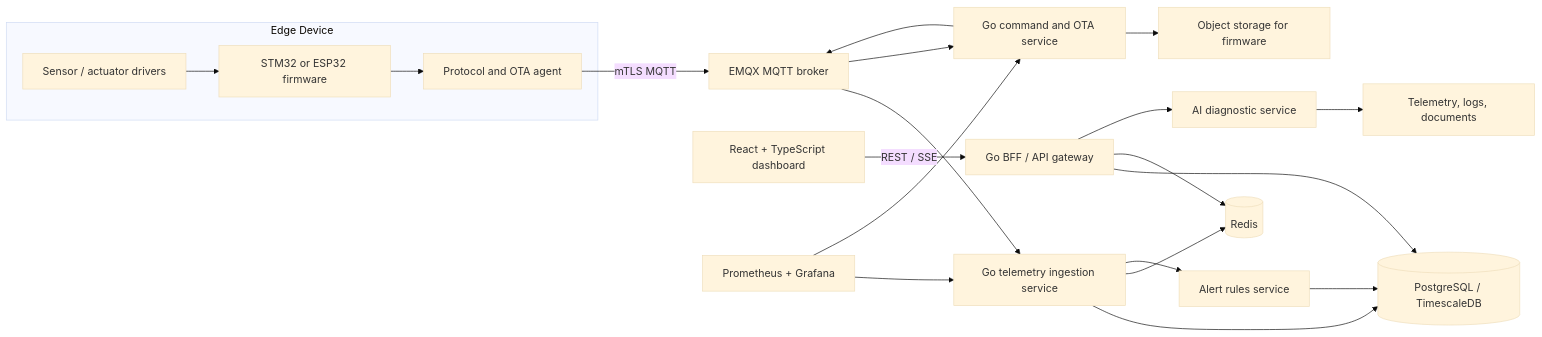
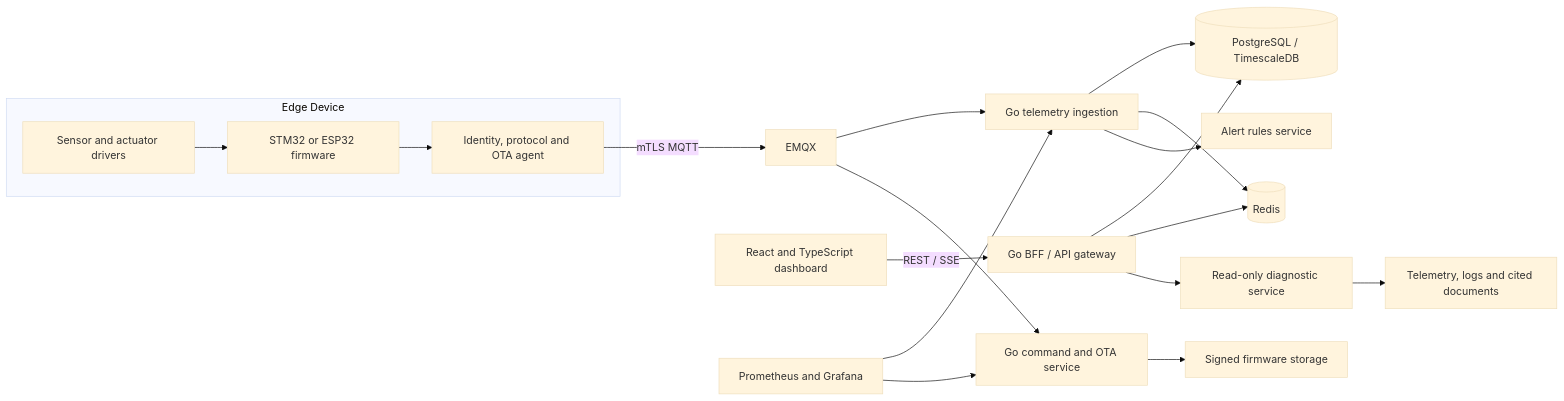
One commit to LEO-Ricardo20/CloudEdge-Ops changed the second of 2 diagrams in docs/ARCHITECTURE.md. Above: the diagram before and after it, drawn with Mermaid (base theme). The commit also changed other lines of this file and 18 other files, not shown here.

````diff
--- a/docs/ARCHITECTURE.md
+++ b/docs/ARCHITECTURE.md
@@ -23,27 +56,24 @@
 ```mermaid
 flowchart LR
   subgraph Edge[Edge Device]
     Firmware[STM32 or ESP32 firmware]
-    Agent[Protocol and OTA agent]
-    Sensors[Sensor / actuator drivers]
-    Firmware --> Agent
-    Sensors --> Firmware
+    Agent[Identity, protocol and OTA agent]
+    Sensors[Sensor and actuator drivers]
+    Sensors --> Firmware --> Agent
   end
 
-  Agent -->|mTLS MQTT| Broker[EMQX MQTT broker]
-  Broker --> Ingest[Go telemetry ingestion service]
+  Agent -->|mTLS MQTT| Broker[EMQX]
+  Broker --> Ingest[Go telemetry ingestion]
   Broker --> Command[Go command and OTA service]
   Ingest --> PG[(PostgreSQL / TimescaleDB)]
   Ingest --> Redis[(Redis)]
   Ingest --> Alert[Alert rules service]
-  Alert --> PG
-  Command --> Object[Object storage for firmware]
-  Command --> Broker
+  Command --> Object[Signed firmware storage]
   API[Go BFF / API gateway] --> PG
   API --> Redis
-  API --> AI[AI diagnostic service]
-  AI --> Logs[Telemetry, logs, documents]
-  Web[React + TypeScript dashboard] -->|REST / SSE| API
-  Metrics[Prometheus + Grafana] --> Ingest
+  Web[React and TypeScript dashboard] -->|REST / SSE| API
+  Metrics[Prometheus and Grafana] --> Ingest
   Metrics --> Command
+  API --> AI[Read-only diagnostic service]
+  AI --> Evidence[Telemetry, logs and cited documents]
 ```
````
